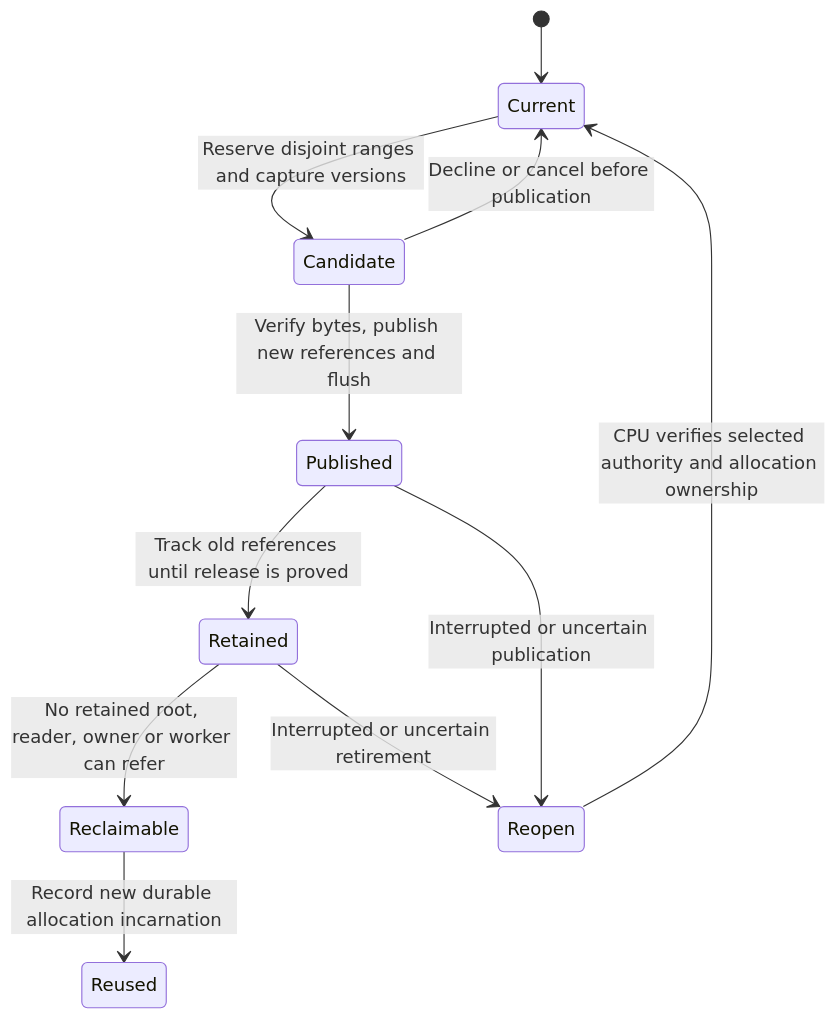
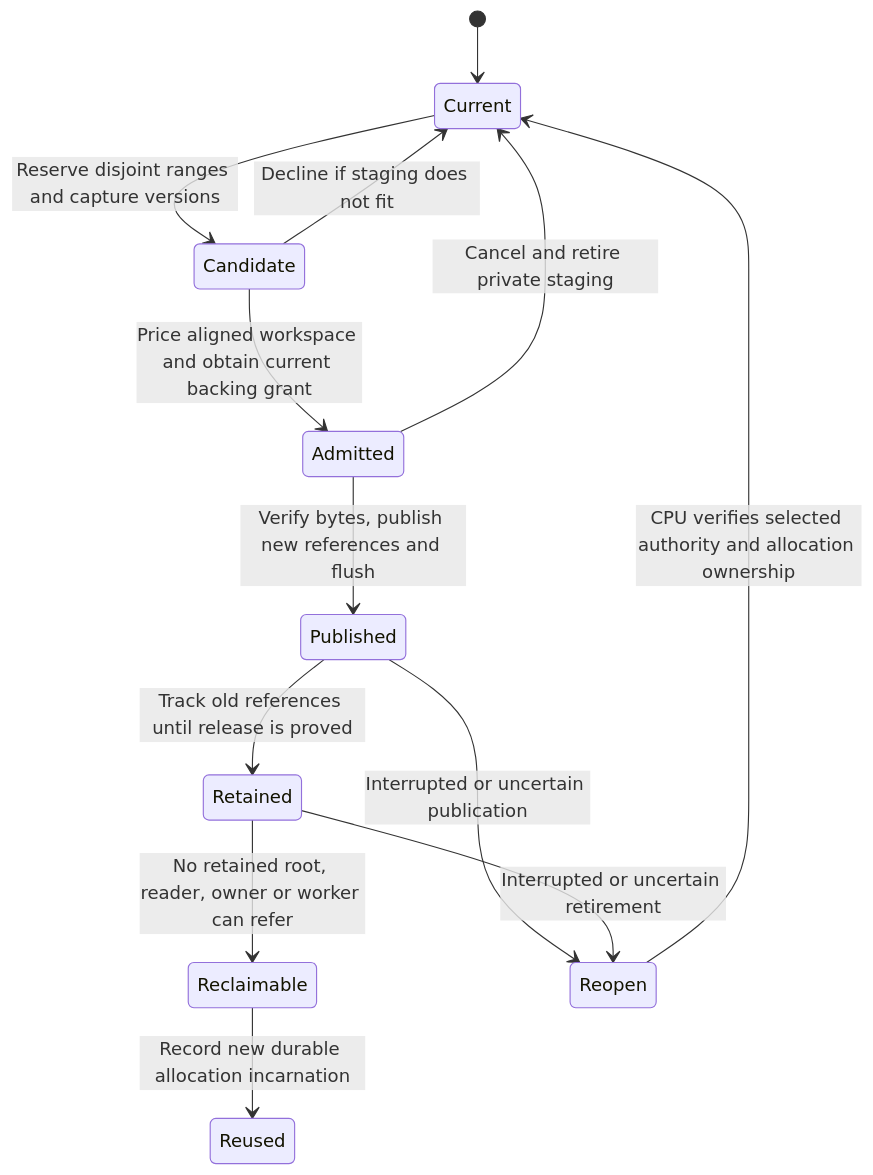
The third of 6 diagrams in docs/architecture/TARGET.md (strmt7/FlitzFS), drawn with Mermaid before and after one commit. The commit also changed other lines of this file and 14 other files, not shown here.

````diff
--- a/docs/architecture/TARGET.md
+++ b/docs/architecture/TARGET.md
@@ -153,13 +153,15 @@
 ```mermaid
 stateDiagram-v2
     [*] --> Current
     Current --> Candidate: Reserve disjoint ranges and capture versions
-    Candidate --> Current: Decline or cancel before publication
-    Candidate --> Published: Verify bytes, publish new references and flush
+    Candidate --> Admitted: Price aligned workspace and obtain current backing grant
+    Candidate --> Current: Decline if staging does not fit
+    Admitted --> Current: Cancel and retire private staging
+    Admitted --> Published: Verify bytes, publish new references and flush
     Published --> Retained: Track old references until release is proved
     Retained --> Reclaimable: No retained root, reader, owner or worker can refer
     Reclaimable --> Reused: Record new durable allocation incarnation
     Published --> Reopen: Interrupted or uncertain publication
     Retained --> Reopen: Interrupted or uncertain retirement
     Reopen --> Current: CPU verifies selected authority and allocation ownership
 ```
````
